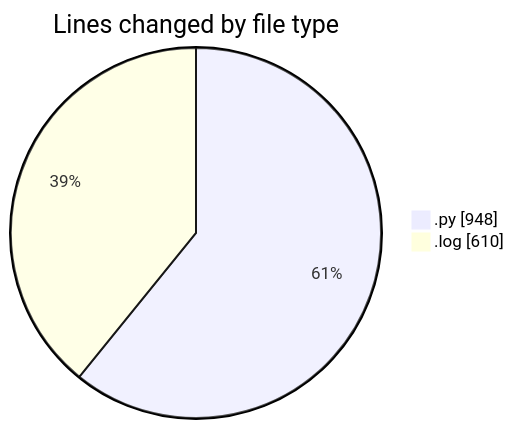
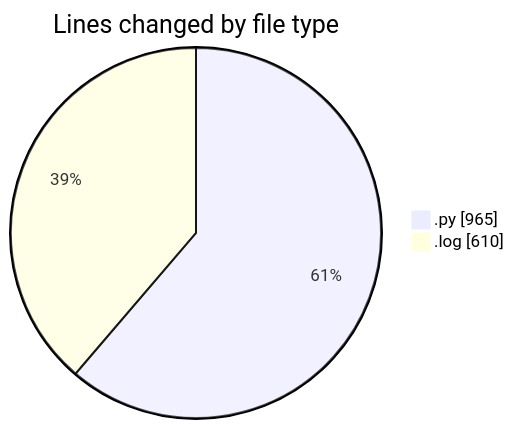
The first of 2 diagrams in 2025-05-07/samplepdf/README.md (momahboobian/code-tracking), drawn with Mermaid before and after one commit. The commit also changed other lines of this file and 1 other file, not shown here.

````diff
--- a/2025-05-07/samplepdf/README.md
+++ b/2025-05-07/samplepdf/README.md
@@ -29,6 +29,6 @@
 ```mermaid
 pie showData
 title Lines changed by file type
-".py" : 948
+".py" : 965
 ".log" : 610
 ```
````
